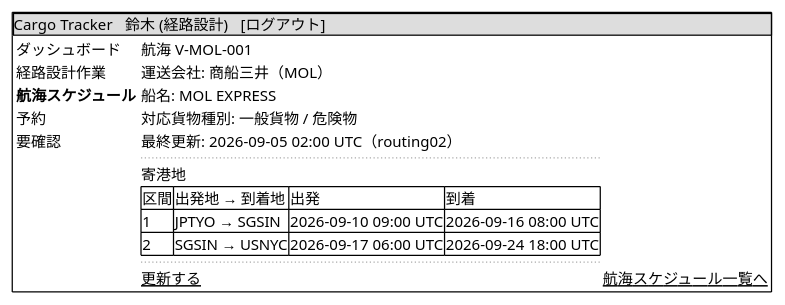
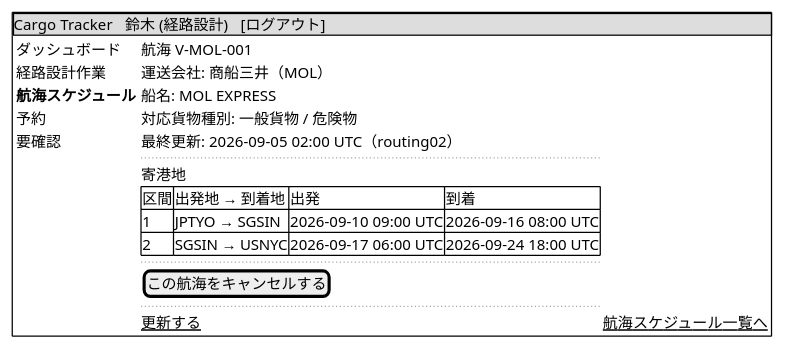
Before and after one commit to k2works/case-study-cargo-tracker: diagram 17 of 32 in docs/design/cargo-tracker/ui_design.md, drawn with PlantUML. The commit also changed other lines of this file and 21 other files, not shown here.

````diff
--- a/docs/design/cargo-tracker/ui_design.md
+++ b/docs/design/cargo-tracker/ui_design.md
@@ -832,31 +833,33 @@
 ```plantuml
 @startsalt
 {+
   {* Cargo Tracker | 鈴木 (経路設計) | [ログアウト] }
   {
     { ダッシュボード
       経路設計作業
       <b>航海スケジュール
       予約
       要確認
     } |
     {
       航海 V-MOL-001
       運送会社: 商船三井（MOL）
       船名: MOL EXPRESS
       対応貨物種別: 一般貨物 / 危険物
       最終更新: 2026-09-05 02:00 UTC（routing02）
       ..
       寄港地
       {#
         区間 | 出発地 → 到着地 | 出発 | 到着
         1 | JPTYO → SGSIN | 2026-09-10 09:00 UTC | 2026-09-16 08:00 UTC
         2 | SGSIN → USNYC | 2026-09-17 06:00 UTC | 2026-09-24 18:00 UTC
       }
       ..
+      [この航海をキャンセルする]
+      ..
       <u>更新する</u> | <u>航海スケジュール一覧へ</u>
     }
   }
 }
 @endsalt
 ```
````
